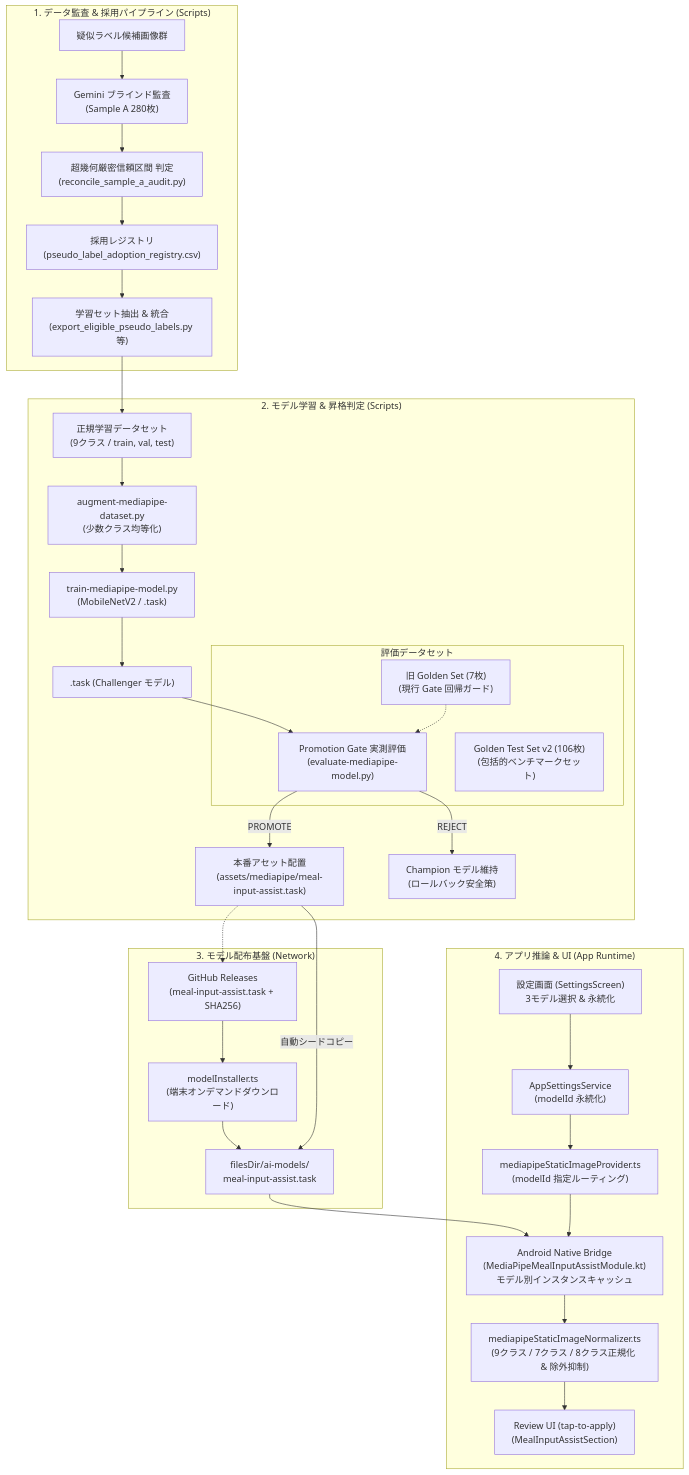
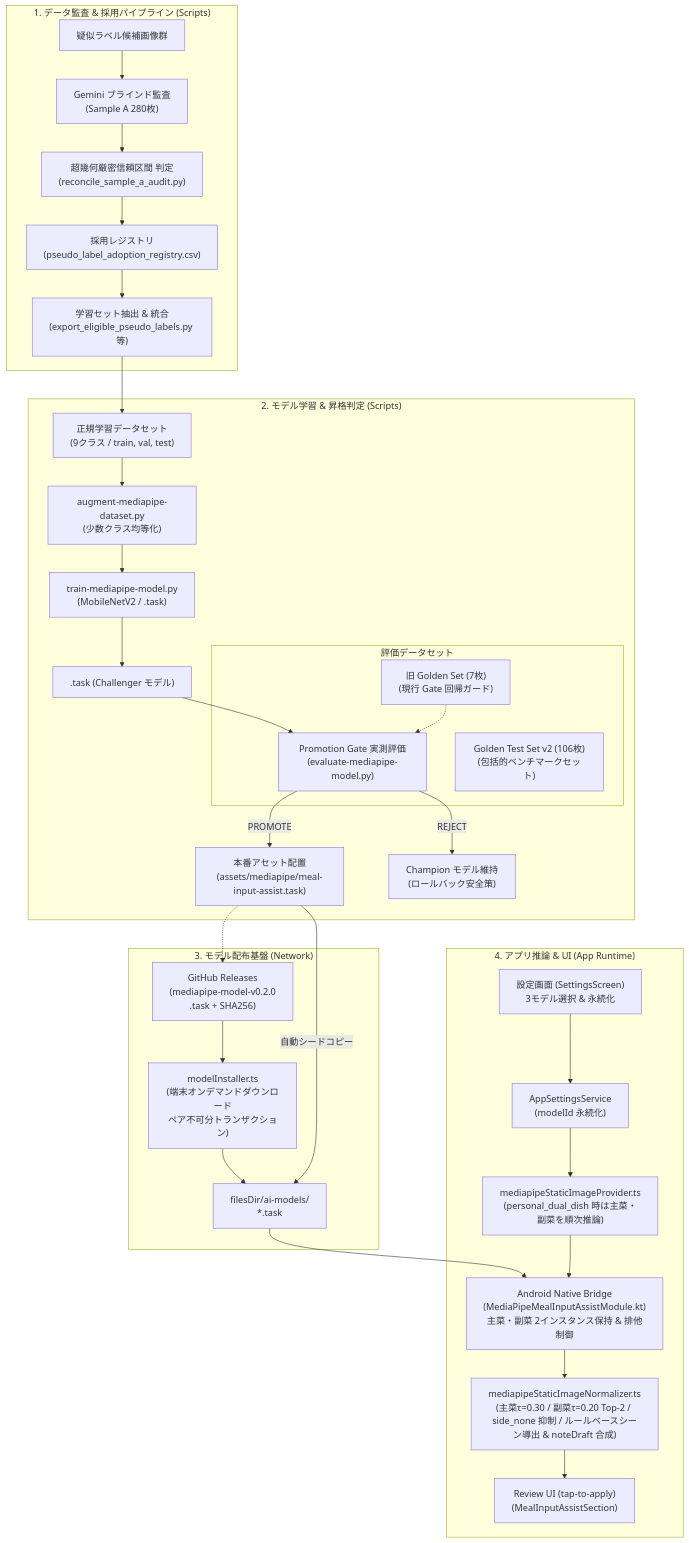
The diagram in docs/engineering/mediapipe-overview.md (tahosook/dining-memory-app), drawn with Mermaid before and after one commit. The commit also changed other lines of this file and 14 other files, not shown here.

Commit message:
feat(ai): integrate dual personal dish classification, universal lite2, scene rules, and noteDraft synthesis

````diff
--- a/docs/engineering/mediapipe-overview.md
+++ b/docs/engineering/mediapipe-overview.md
@@ -15,40 +15,40 @@
 ```mermaid
 flowchart TD
   subgraph DataPipeline ["1. データ監査 & 採用パイプライン (Scripts)"]
     Raw["疑似ラベル候補画像群"] --> Audit["Gemini ブラインド監査\n(Sample A 280枚)"]
     Audit --> Reconcile["超幾何厳密信頼区間 判定\n(reconcile_sample_a_audit.py)"]
     Reconcile --> Registry["採用レジストリ\n(pseudo_label_adoption_registry.csv)"]
     Registry --> Export["学習セット抽出 & 統合\n(export_eligible_pseudo_labels.py 等)"]
   end
 
   subgraph TrainingPipeline ["2. モデル学習 & 昇格判定 (Scripts)"]
     Export --> Dataset["正規学習データセット\n(9クラス / train, val, test)"]
     Dataset --> Augment["augment-mediapipe-dataset.py\n(少数クラス均等化)"]
     Augment --> Train["train-mediapipe-model.py\n(MobileNetV2 / .task)"]
     Train --> Challenger[".task (Challenger モデル)"]
     Challenger --> Gate["Promotion Gate 実測評価\n(evaluate-mediapipe-model.py)"]
     Gate -->|PROMOTE| Asset["本番アセット配置\n(assets/mediapipe/meal-input-assist.task)"]
     Gate -->|REJECT| Rollback["Champion モデル維持\n(ロールバック安全策)"]
 
     subgraph Benchmark ["評価データセット"]
       OldGolden["旧 Golden Set (7枚)\n(現行 Gate 回帰ガード)"] -.-> Gate
       GoldenV2["Golden Test Set v2 (106枚)\n(包括的ベンチマークセット)"]
     end
   end
 
   subgraph Distribution ["3. モデル配布基盤 (Network)"]
-    Asset -.-> Release["GitHub Releases\n(meal-input-assist.task + SHA256)"]
-    Release --> Downloader["modelInstaller.ts\n(端末オンデマンドダウンロード)"]
-    Downloader --> LocalModel["filesDir/ai-models/\nmeal-input-assist.task"]
+    Asset -.-> Release["GitHub Releases\n(mediapipe-model-v0.2.0\n.task + SHA256)"]
+    Release --> Downloader["modelInstaller.ts\n(端末オンデマンドダウンロード\nペア不可分トランザクション)"]
+    Downloader --> LocalModel["filesDir/ai-models/\n*.task"]
   end
 
   subgraph AppInference ["4. アプリ推論 & UI (App Runtime)"]
     Settings["設定画面 (SettingsScreen)\n3モデル選択 & 永続化"] --> AppSettings["AppSettingsService\n(modelId 永続化)"]
-    AppSettings --> Provider["mediapipeStaticImageProvider.ts\n(modelId 指定ルーティング)"]
-    LocalModel --> Bridge["Android Native Bridge\n(MediaPipeMealInputAssistModule.kt)\nモデル別インスタンスキャッシュ"]
+    AppSettings --> Provider["mediapipeStaticImageProvider.ts\n(personal_dual_dish 時は主菜・副菜を順次推論)"]
+    LocalModel --> Bridge["Android Native Bridge\n(MediaPipeMealInputAssistModule.kt)\n主菜・副菜 2インスタンス保持 & 排他制御"]
     Asset -->|自動シードコピー| LocalModel
     Provider --> Bridge
-    Bridge --> Norm["mediapipeStaticImageNormalizer.ts\n(9クラス / 7クラス / 8クラス正規化 & 除外抑制)"]
+    Bridge --> Norm["mediapipeStaticImageNormalizer.ts\n(主菜τ=0.30 / 副菜τ=0.20 Top-2 / side_none 抑制 / ルールベースシーン導出 & noteDraft 合成)"]
     Norm --> UI["Review UI (tap-to-apply)\n(MealInputAssistSection)"]
   end
 ```
````
